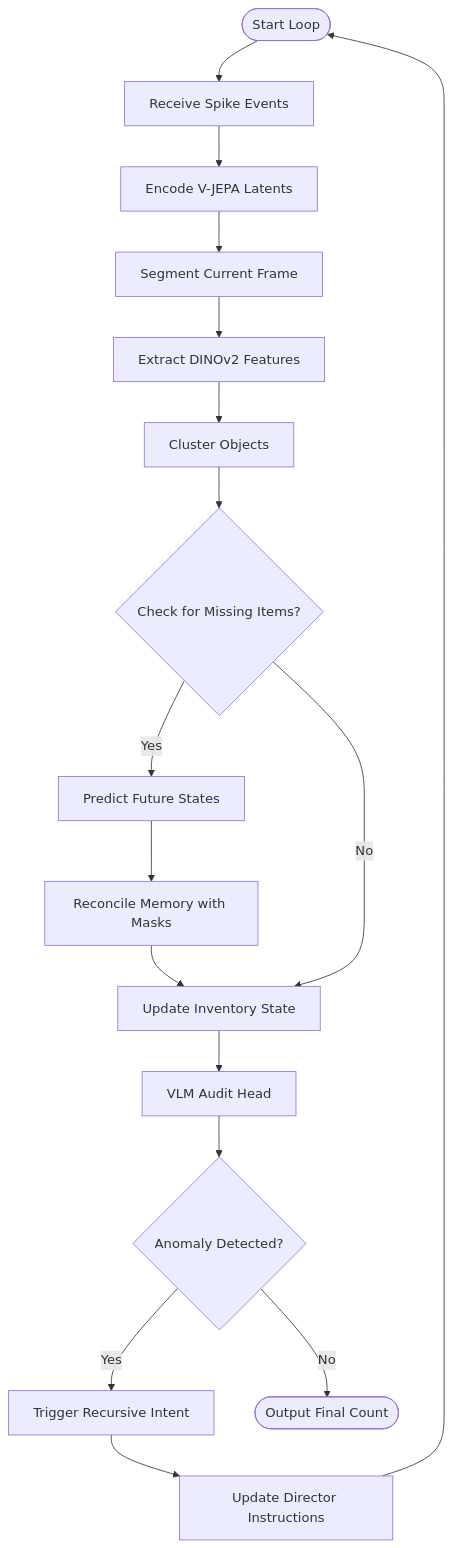
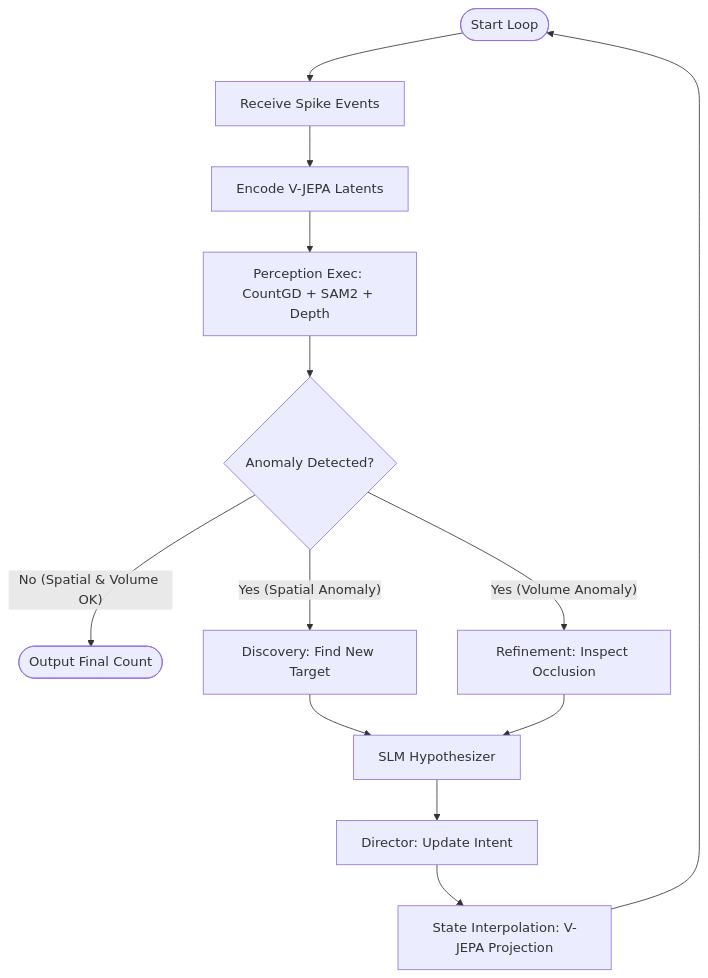
The diagram in Flow_Chart.md (Yonnnnnnnnn/numeri-vjepa-experiment), drawn with Mermaid before and after one commit. The commit also changed 11 other files, not shown here.

Commit message:
feat: complete integration of V2E, V-JEPA, CountGD, and SAM2/Depth into LangGraph flow

````diff
--- a/Flow_Chart.md
+++ b/Flow_Chart.md
@@ -24,23 +24,20 @@
 ```mermaid
 flowchart TD
     Start([Start Loop]) --> V2E[Receive Spike Events]
     V2E --> VJEPA_Enc[Encode V-JEPA Latents]
-    VJEPA_Enc --> SAM2[Segment Current Frame]
-    SAM2 --> DINO[Extract DINOv2 Features]
-    DINO --> DBSCAN[Cluster Objects]
+    VJEPA_Enc --> Perception[Perception Exec: CountGD + SAM2 + Depth]
 
-    DBSCAN --> OccCheck{Check for Missing Items?}
-    OccCheck -- Yes --> VJEPA_Pred[Predict Future States]
-    VJEPA_Pred --> RecMatch[Reconcile Memory with Masks]
-    RecMatch --> UpdateInv[Update Inventory State]
+    Perception --> LogicGate{Anomaly Detected?}
 
-    OccCheck -- No --> UpdateInv
-    UpdateInv --> VLM_Audit[VLM Audit Head]
-    VLM_Audit --> Anomaly{Anomaly Detected?}
+    LogicGate -- No (Spatial & Volume OK) --> End([Output Final Count])
 
-    Anomaly -- Yes --> RecIntent[Trigger Recursive Intent]
-    RecIntent --> VLJEPA[Update Director Instructions]
-    VLJEPA --> Start
+    LogicGate -- Yes (Spatial Anomaly) --> Discovery[Discovery: Find New Target]
+    LogicGate -- Yes (Volume Anomaly) --> Refinement[Refinement: Inspect Occlusion]
 
-    Anomaly -- No --> End([Output Final Count])
+    Discovery --> SLM[SLM Hypothesizer]
+    Refinement --> SLM
+
+    SLM --> VLJEPA[Director: Update Intent]
+    VLJEPA --> Interpolate[State Interpolation: V-JEPA Projection]
+    Interpolate --> Start
 ```
````
